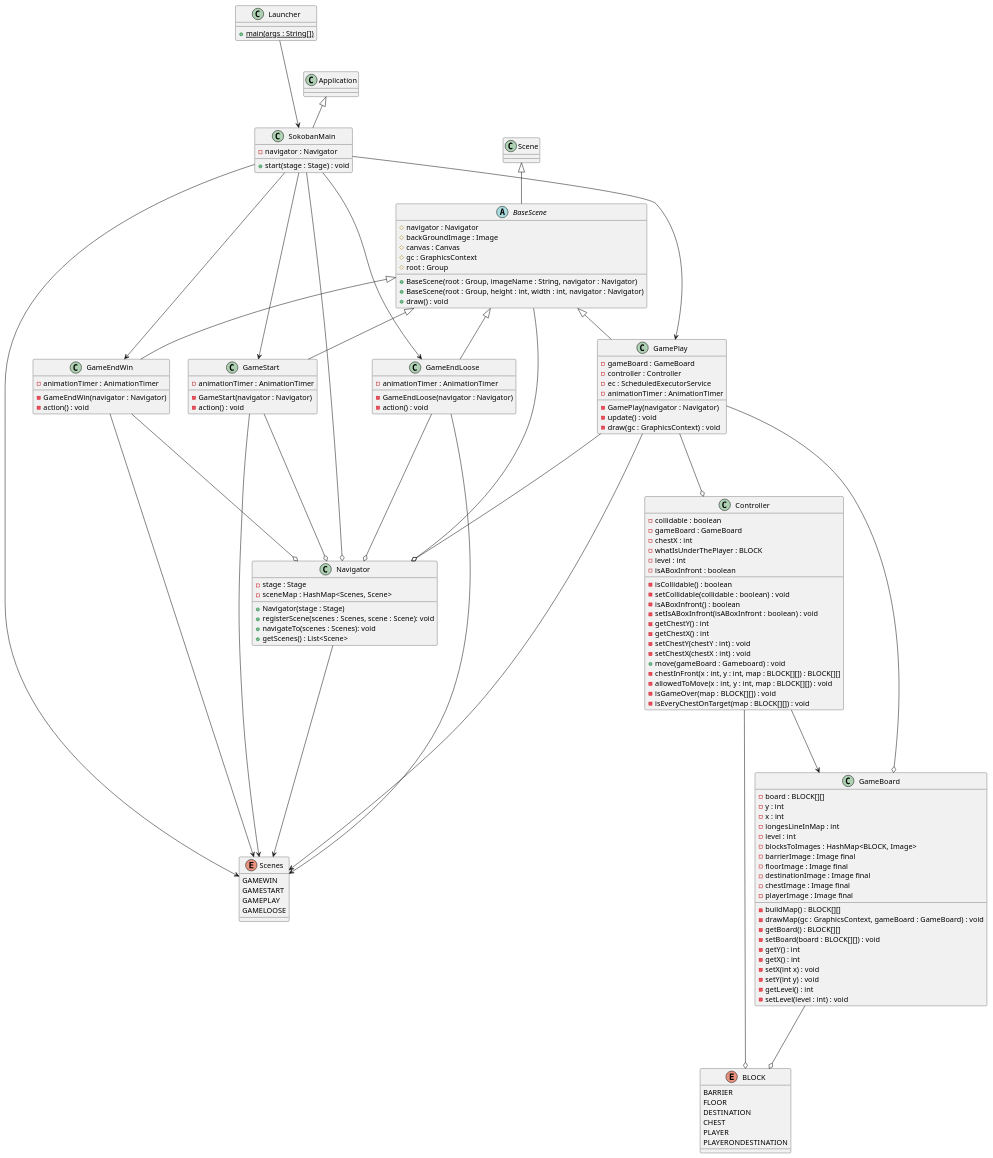
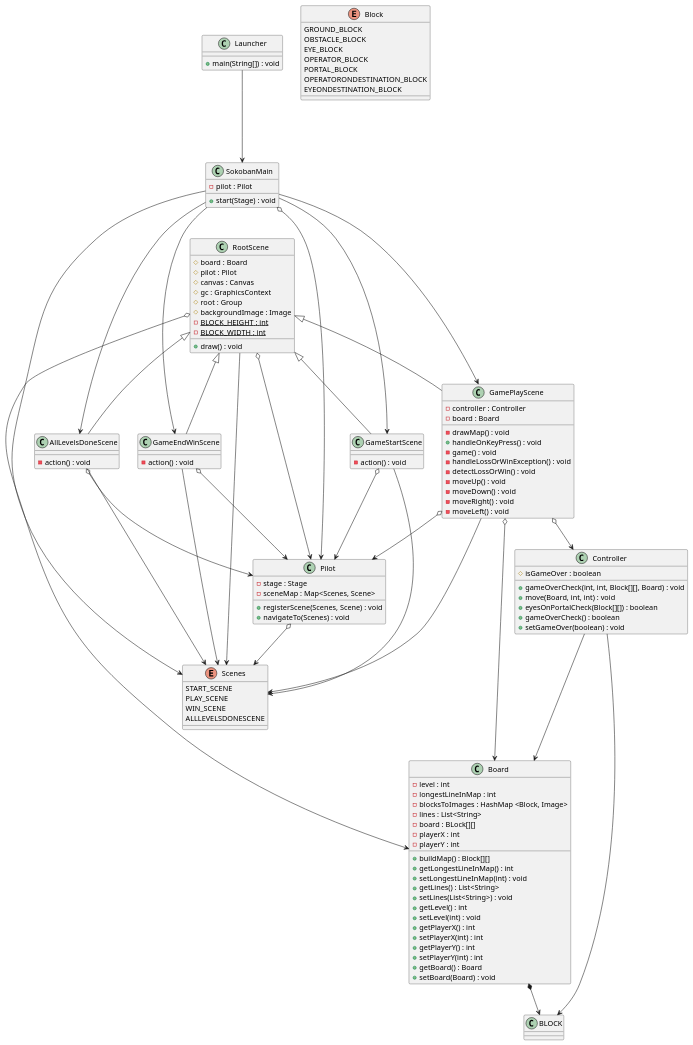
The diagram in doc/klassendiagramm.puml (NielsMeister/sokoban_2), drawn with PlantUML before and after one commit. The commit also changed 30 other files, not shown here.

Commit message:
class diagram / documenting / tests / refactoring / etc..

```diff
--- a/doc/klassendiagramm.puml
+++ b/doc/klassendiagramm.puml
@@ -1,143 +1,133 @@
 @startuml
 'https://plantuml.com/class-diagramclass Position {
 
 
 Launcher ---> SokobanMain
-SokobanMain ---o Navigator
+SokobanMain o--> Pilot
 SokobanMain ---> Scenes
-SokobanMain ---> GameEndLoose
-SokobanMain ---> GameEndWin
-SokobanMain ---> GamePlay
-SokobanMain ---> GameStart
-Navigator ---> Scenes
-GameBoard ---o BLOCK
-Controller ---o BLOCK
-Controller ---> GameBoard
-BaseScene ---o Navigator
-GameStart ---> Scenes
-GameStart ---o Navigator
-GamePlay ---o Controller
-GamePlay ---o GameBoard
-GamePlay ---o Navigator
-GamePlay ---> Scenes
-GameEndLoose ---> Scenes
-GameEndLoose ---o Navigator
-GameEndWin ---> Scenes
-GameEndWin ---o Navigator
+SokobanMain ---> AllLevelsDoneScene
+SokobanMain ---> GameEndWinScene
+SokobanMain ---> GamePlayScene
+SokobanMain ---> GameStartScene
+Pilot o--> Scenes
+Board *--> BLOCK
+Controller ---> BLOCK
+Controller ---> Board
+RootScene o--> Pilot
+RootScene ---> Scenes
+RootScene o--> Board
+GameStartScene ---> Scenes
+GamePlayScene o--> Controller
+GamePlayScene o--> Board
+GamePlayScene ---> Scenes
+AllLevelsDoneScene ---> Scenes
+GameEndWinScene ---> Scenes
+GameStartScene o--> Pilot
+GamePlayScene o--> Pilot
+GameEndWinScene o--> Pilot
+AllLevelsDoneScene o--> Pilot
 
-enum BLOCK {
-     BARRIER
-     FLOOR
-     DESTINATION
-     CHEST
-     PLAYER
-     PLAYERONDESTINATION
-}
-enum Scenes{
-    GAMEWIN
-    GAMESTART
-    GAMEPLAY
-    GAMELOOSE
-}
-
-class GameBoard {
-    - board : BLOCK[][]
-    - y : int
-    - x : int
-    - longesLineInMap : int
-    - level : int
-    - blocksToImages : HashMap<BLOCK, Image>
-    - barrierImage : Image final
-    - floorImage : Image final
-    - destinationImage : Image final
-    - chestImage : Image final
-    - playerImage : Image final
-    - buildMap() : BLOCK[][]
-    - drawMap(gc : GraphicsContext, gameBoard : GameBoard) : void
-    - getBoard() : BLOCK[][]
-    - setBoard(board : BLOCK[][]) : void
-    - getY() : int
-    - getX() : int
-    - setX(int x) : void
-    - setY(int y) : void
-    - getLevel() : int
-    - setLevel(level : int) : void
-}
-class Controller{
-    - collidable : boolean
-    - gameBoard : GameBoard
-    - chestX : int
-    - whatIsUnderThePlayer : BLOCK
-    - level : int
-    - isABoxInfront : boolean
-    - isCollidable() : boolean
-    - setCollidable(collidable : boolean) : void
-    - isABoxInfront() : boolean
-    - setIsABoxInfront(isABoxInfront : boolean) : void
-    - getChestY() : int
-    - getChestX() : int
-    - setChestY(chestY : int) : void
-    - setChestX(chestX : int) : void
-    + move(gameBoard : Gameboard) : void
-    - chestInFront(x : int, y : int, map : BLOCK[][]) : BLOCK[][]
-    - allowedToMove(x : int, y : int, map : BLOCK[][]) : void
-    - isGameOver(map : BLOCK[][]) : void
-    - isEveryChestOnTarget(map : BLOCK[][]) : void
-}
-abstract class BaseScene extends Scene{
-    # navigator : Navigator
-    # backGroundImage : Image
+class RootScene {
+    # board : Board
+    # pilot : Pilot
     # canvas : Canvas
     # gc : GraphicsContext
     # root : Group
-    + BaseScene(root : Group, imageName : String, navigator : Navigator)
-    + BaseScene(root : Group, height : int, width : int, navigator : Navigator)
+    # backgroundImage : Image
+    {static} - BLOCK_HEIGHT : int
+    {static} - BLOCK_WIDTH : int
     + draw() : void
 }
-class GameEndLoose extends BaseScene{
-    - animationTimer : AnimationTimer
-    - GameEndLoose(navigator : Navigator)
+
+class GameEndWinScene extends RootScene {
     - action() : void
 }
 
-class GameEndWin extends BaseScene{
-    - animationTimer : AnimationTimer
-    - GameEndWin(navigator : Navigator)
+class GameStartScene extends RootScene {
     - action() : void
 }
 
-class GamePlay extends BaseScene{
-    - gameBoard : GameBoard
-    - controller : Controller
-    - ec : ScheduledExecutorService
-    - animationTimer : AnimationTimer
-    - GamePlay(navigator : Navigator)
-    - update() : void
-    - draw(gc : GraphicsContext) : void
-}
-
-class GameStart extends BaseScene{
-    - animationTimer : AnimationTimer
-    - GameStart(navigator : Navigator)
+class AllLevelsDoneScene extends RootScene {
     - action() : void
 }
 
-class Launcher{
-    + {static} main(args : String[])
+class GamePlayScene extends RootScene {
+    - controller : Controller
+    - board : Board
+    - drawMap() : void
+    + handleOnKeyPress() : void
+    - game() : void
+    - handleLossOrWinException() : void
+    - detectLossOrWin() : void
+    - moveUp() : void
+    - moveDown() : void
+    - moveRight() : void
+    - moveLeft() : void
 }
 
-class Navigator{
-    - stage : Stage
-    - sceneMap : HashMap<Scenes, Scene>
-    + Navigator(stage : Stage)
-    + registerScene(scenes : Scenes, scene : Scene): void
-    + navigateTo(scenes : Scenes): void
-    + getScenes() : List<Scene>
+class Board {
+    - level : int
+    - longestLineInMap : int
+    - blocksToImages : HashMap <Block, Image>
+    - lines : List<String>
+    - board : BLock[][]
+    - playerX : int
+    - playerY : int
+    + buildMap() : Block[][]
+    + getLongestLineInMap() : int
+    + setLongestLineInMap(int) : void
+    + getLines() : List<String>
+    + setLines(List<String>) : void
+    + getLevel() : int
+    + setLevel(int) : void
+    + getPlayerX() : int
+    + setPlayerX(int) : int
+    + getPlayerY() : int
+    + setPlayerY(int) : int
+    + getBoard() : Board
+    + setBoard(Board) : void
 }
 
-class SokobanMain extends Application{
-    - navigator : Navigator
-    + start(stage : Stage) : void
+class Controller {
+    # isGameOver : boolean
+    + gameOverCheck(int, int, Block[][], Board) : void
+    + move(Board, int, int) : void
+    + eyesOnPortalCheck(Block[][]) : boolean
+    + gameOverCheck() : boolean
+    + setGameOver(boolean) : void
+}
+
+class Pilot {
+    - stage : Stage
+    - sceneMap : Map<Scenes, Scene>
+    + registerScene(Scenes, Scene) : void
+    + navigateTo(Scenes) : void
+}
+
+class SokobanMain {
+    - pilot : Pilot
+    + start(Stage) : void
+}
+
+class Launcher {
+    + main(String[]) : void
+}
+
+enum Scenes {
+    START_SCENE
+    PLAY_SCENE
+    WIN_SCENE
+    ALLLEVELSDONESCENE
+}
+
+enum Block {
+    GROUND_BLOCK
+    OBSTACLE_BLOCK
+    EYE_BLOCK
+    OPERATOR_BLOCK
+    PORTAL_BLOCK
+    OPERATORONDESTINATION_BLOCK
+    EYEONDESTINATION_BLOCK
 }
 
 @enduml
```
